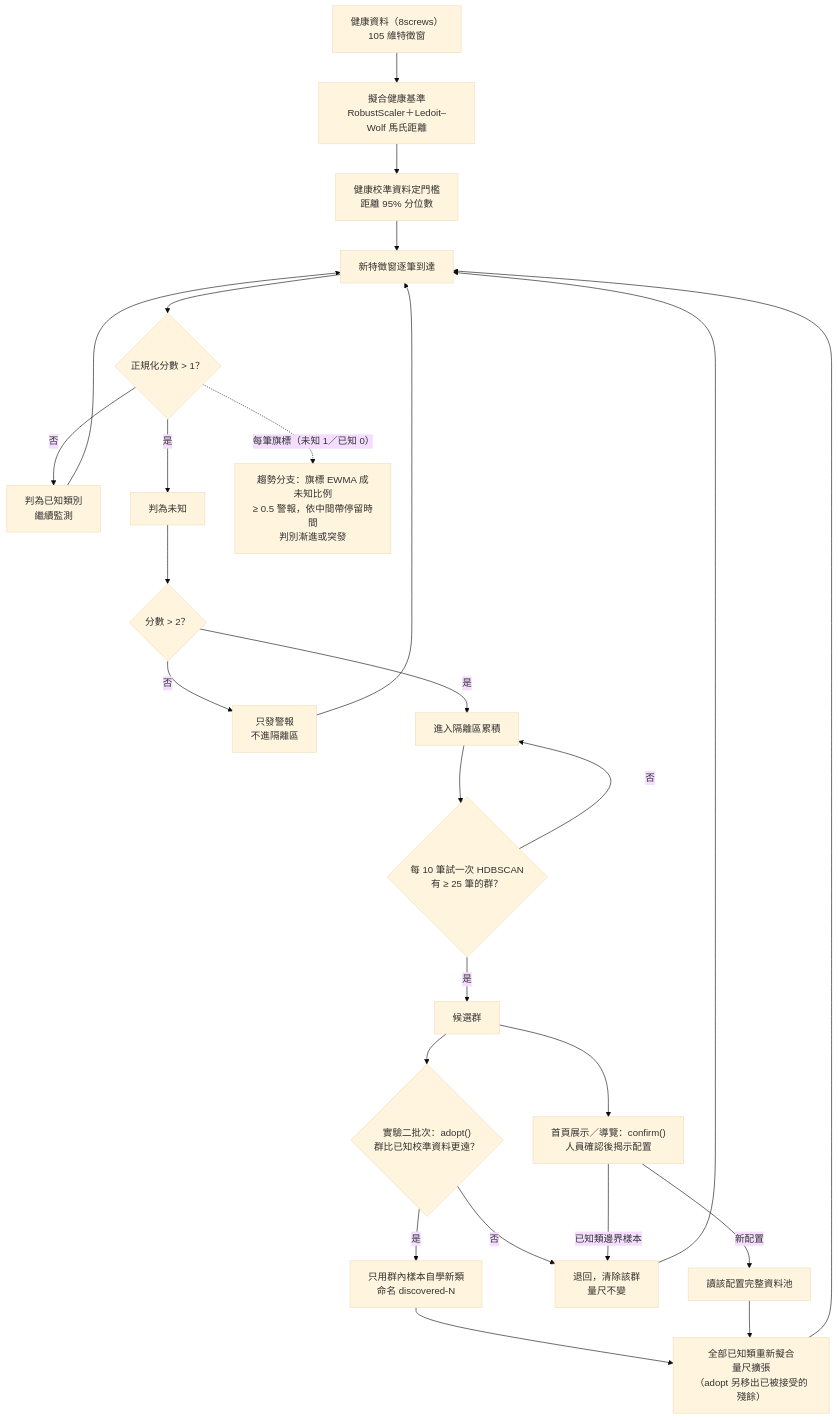
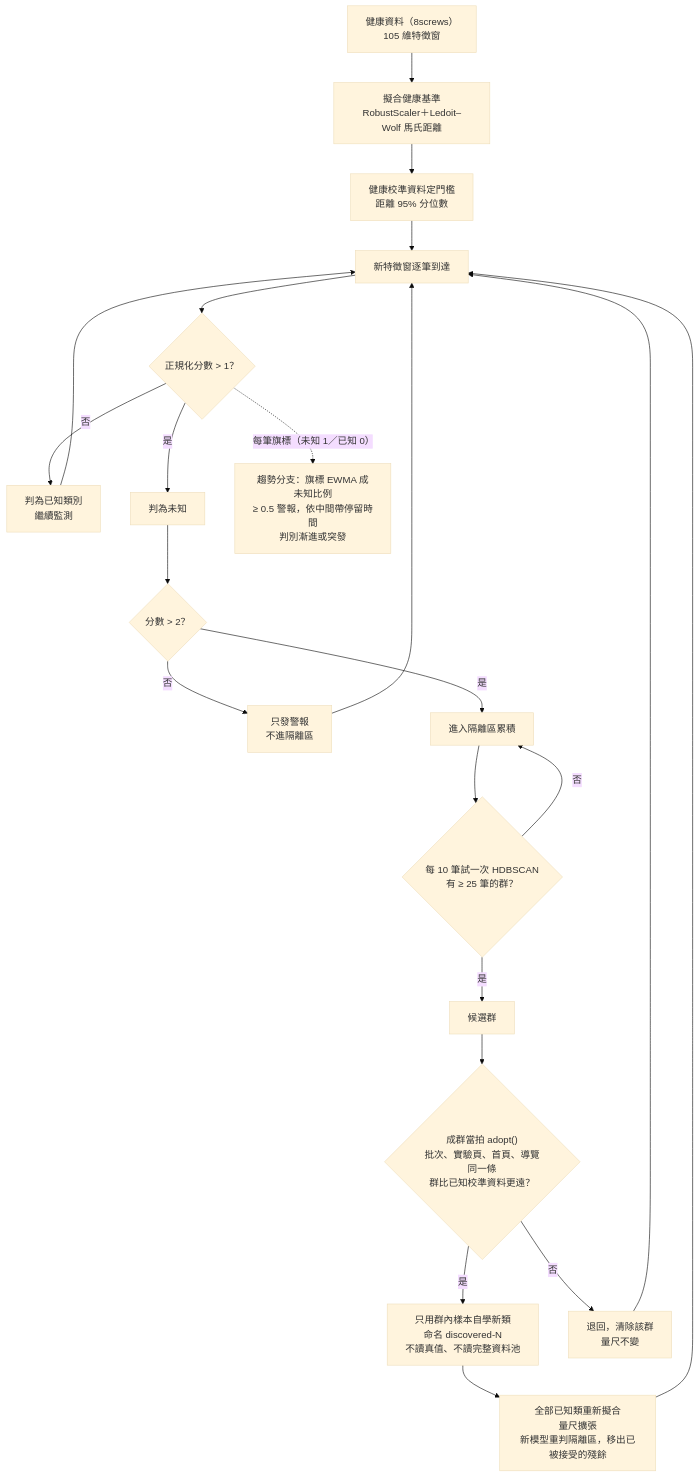
Before and after one commit to Drone-Motors-Unknown-Faults-Detection/Capstone-Project: the diagram in docs/FinalReport/figures/src/fig1-1_研究流程.mmd, drawn with Mermaid (base theme). The commit also changed 5 other files, not shown here.

First line of the commit message:
文件(圖)：圖1.1、圖3.1 與 exp13 研究流程圖改畫單一 adopt() 路徑，重新輸出圖檔

```diff
--- a/docs/FinalReport/figures/src/fig1-1_研究流程.mmd
+++ b/docs/FinalReport/figures/src/fig1-1_研究流程.mmd
@@ -1,26 +1,22 @@
 flowchart TD
   H["健康資料（8screws）<br/>105 維特徵窗"] --> FIT["擬合健康基準<br/>RobustScaler＋Ledoit–Wolf 馬氏距離"]
   FIT --> CAL["健康校準資料定門檻<br/>距離 95% 分位數"]
   CAL --> X["新特徵窗逐筆到達"]
   X --> D{"正規化分數 > 1？"}
   D -- 否 --> K["判為已知類別<br/>繼續監測"]
   D -- 是 --> U["判為未知"]
   D -. "每筆旗標（未知 1／已知 0）" .-> T["趨勢分支：旗標 EWMA 成未知比例<br/>≥ 0.5 警報，依中間帶停留時間<br/>判別漸進或突發"]
   U --> G{"分數 > 2？"}
   G -- 否 --> B["只發警報<br/>不進隔離區"]
   G -- 是 --> Q["進入隔離區累積"]
   Q --> C{"每 10 筆試一次 HDBSCAN<br/>有 ≥ 25 筆的群？"}
   C -- 否 --> Q
   C -- 是 --> P["候選群"]
-  P --> A1{"實驗二批次：adopt()<br/>群比已知校準資料更遠？"}
-  A1 -- 是 --> A4["只用群內樣本自學新類<br/>命名 discovered-N"]
-  A1 -- 否 --> R
-  P --> A2["首頁展示／導覽：confirm()<br/>人員確認後揭示配置"]
-  A2 -- 已知類邊界樣本 --> R["退回，清除該群<br/>量尺不變"]
-  A2 -- 新配置 --> A3["讀該配置完整資料池"]
-  A4 --> RF["全部已知類重新擬合<br/>量尺擴張<br/>（adopt 另移出已被接受的殘餘）"]
-  A3 --> RF
+  P --> A1{"成群當拍 adopt()<br/>批次、實驗頁、首頁、導覽同一條<br/>群比已知校準資料更遠？"}
+  A1 -- 是 --> A4["只用群內樣本自學新類<br/>命名 discovered-N<br/>不讀真值、不讀完整資料池"]
+  A1 -- 否 --> R["退回，清除該群<br/>量尺不變"]
+  A4 --> RF["全部已知類重新擬合<br/>量尺擴張<br/>新模型重判隔離區，移出已被接受的殘餘"]
   RF --> X
   K --> X
   B --> X
   R --> X
```
